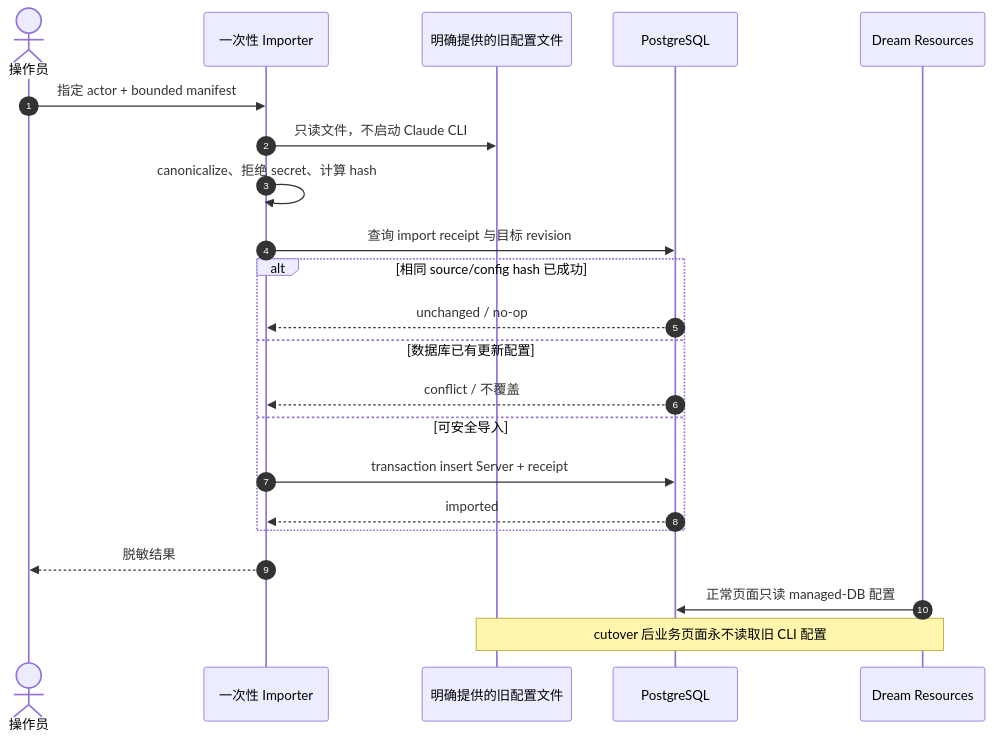
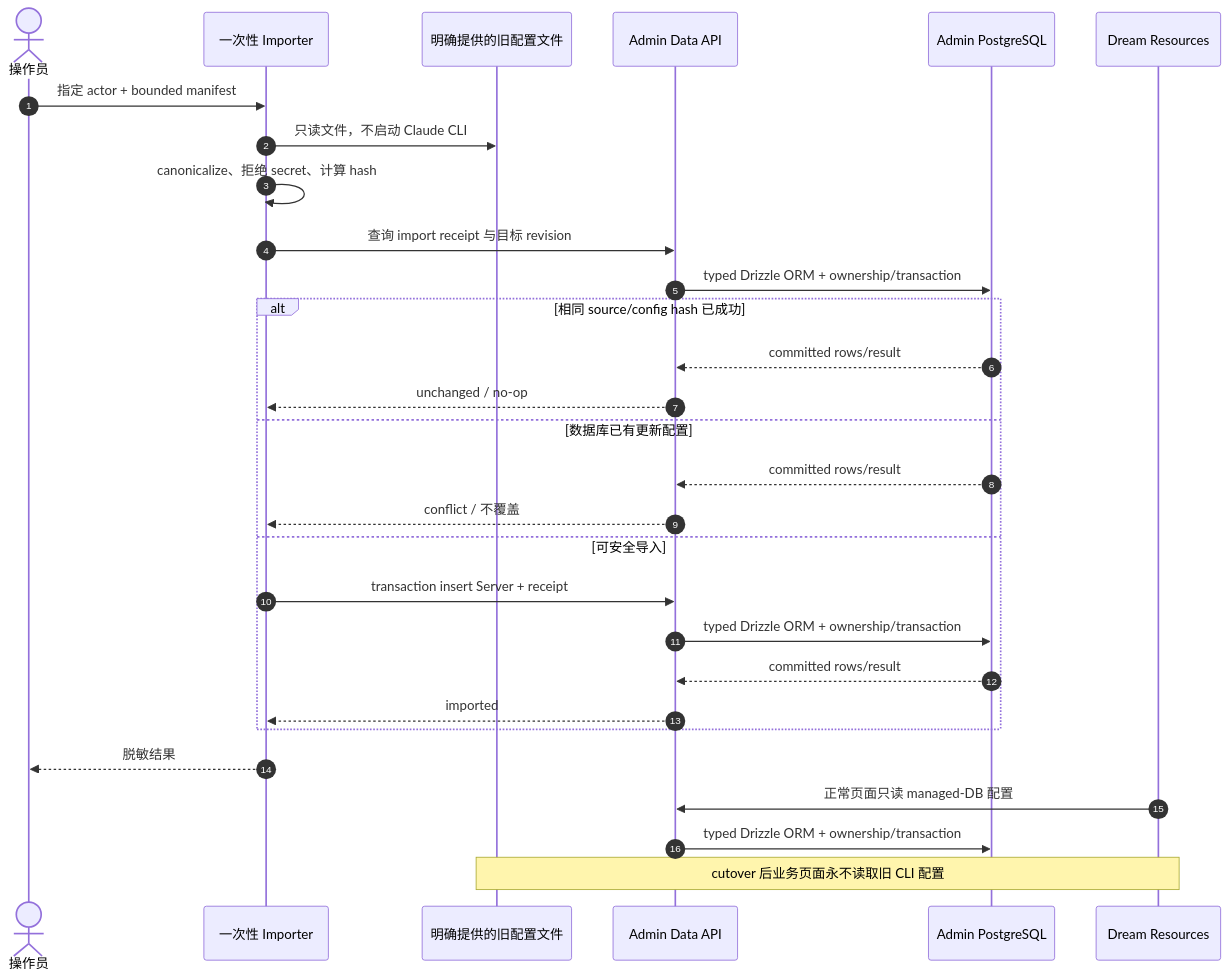
The tenth of 10 diagrams in docs/design/claude-agent/dream-managed-mcp-business-sequences.md (glide-the/im-dream), drawn with Mermaid before and after one commit. The commit also changed other lines of this file and 30 other files, not shown here.

Commit message:
refactor(mcp): move managed persistence behind Admin DTOs

```diff
--- a/docs/design/claude-agent/dream-managed-mcp-business-sequences.md
+++ b/docs/design/claude-agent/dream-managed-mcp-business-sequences.md
@@ -396,25 +436,32 @@
 ~~~mermaid
 sequenceDiagram
     autonumber
     actor O as 操作员
     participant I as 一次性 Importer
     participant F as 明确提供的旧配置文件
-    participant DB as PostgreSQL
+    participant Admin as Admin Data API
+    participant DB as Admin PostgreSQL
     participant UI as Dream Resources
 
     O->>I: 指定 actor + bounded manifest
     I->>F: 只读文件，不启动 Claude CLI
     I->>I: canonicalize、拒绝 secret、计算 hash
-    I->>DB: 查询 import receipt 与目标 revision
+    I->>Admin: 查询 import receipt 与目标 revision
+    Admin->>DB: typed Drizzle ORM + ownership/transaction
     alt 相同 source/config hash 已成功
-        DB-->>I: unchanged / no-op
+        DB-->>Admin: committed rows/result
+        Admin-->>I: unchanged / no-op
     else 数据库已有更新配置
-        DB-->>I: conflict / 不覆盖
+        DB-->>Admin: committed rows/result
+        Admin-->>I: conflict / 不覆盖
     else 可安全导入
-        I->>DB: transaction insert Server + receipt
-        DB-->>I: imported
+        I->>Admin: transaction insert Server + receipt
+        Admin->>DB: typed Drizzle ORM + ownership/transaction
+        DB-->>Admin: committed rows/result
+        Admin-->>I: imported
     end
     I-->>O: 脱敏结果
-    UI->>DB: 正常页面只读 managed-DB 配置
+    UI->>Admin: 正常页面只读 managed-DB 配置
+    Admin->>DB: typed Drizzle ORM + ownership/transaction
     Note over F,UI: cutover 后业务页面永不读取旧 CLI 配置
 ~~~
```
